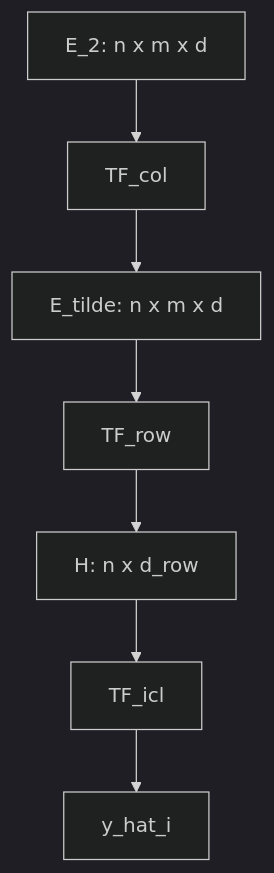
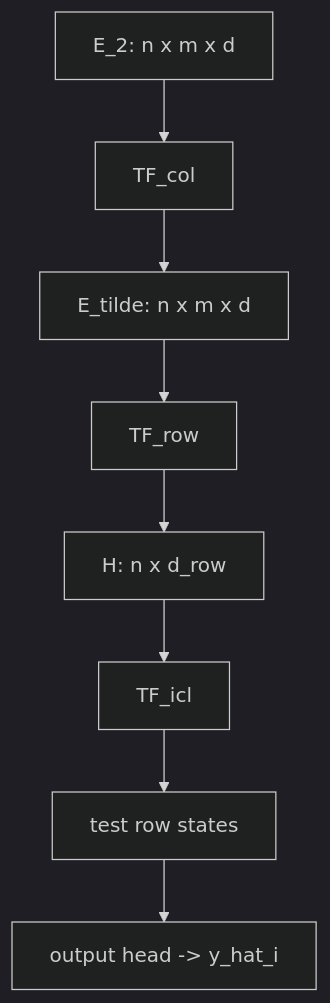
One commit to msaharan/dsaiengineering changed the diagram in blog/20260604-understanding-tfm-architecture-of-tabiclv2-3.md. Above: the diagram before and after it, drawn with Mermaid (dark theme). The commit also changed other lines of this file, not shown here.

````diff
--- a/blog/20260604-understanding-tfm-architecture-of-tabiclv2-3.md
+++ b/blog/20260604-understanding-tfm-architecture-of-tabiclv2-3.md
@@ -41,10 +44,11 @@
 ```mermaid
 flowchart TB
 
   E2["E_2: n x m x d"] --> TFcol["TF_col"]
   TFcol --> Etilde["E_tilde: n x m x d"]
   Etilde --> TFrow["TF_row"]
   TFrow --> H["H: n x d_row"]
   H --> TFicl["TF_icl"]
-  TFicl --> Yhat["y_hat_i"]
+  TFicl --> Rtest["test row states"]
+  Rtest --> Yhat["output head -> y_hat_i"]
 ```
````
